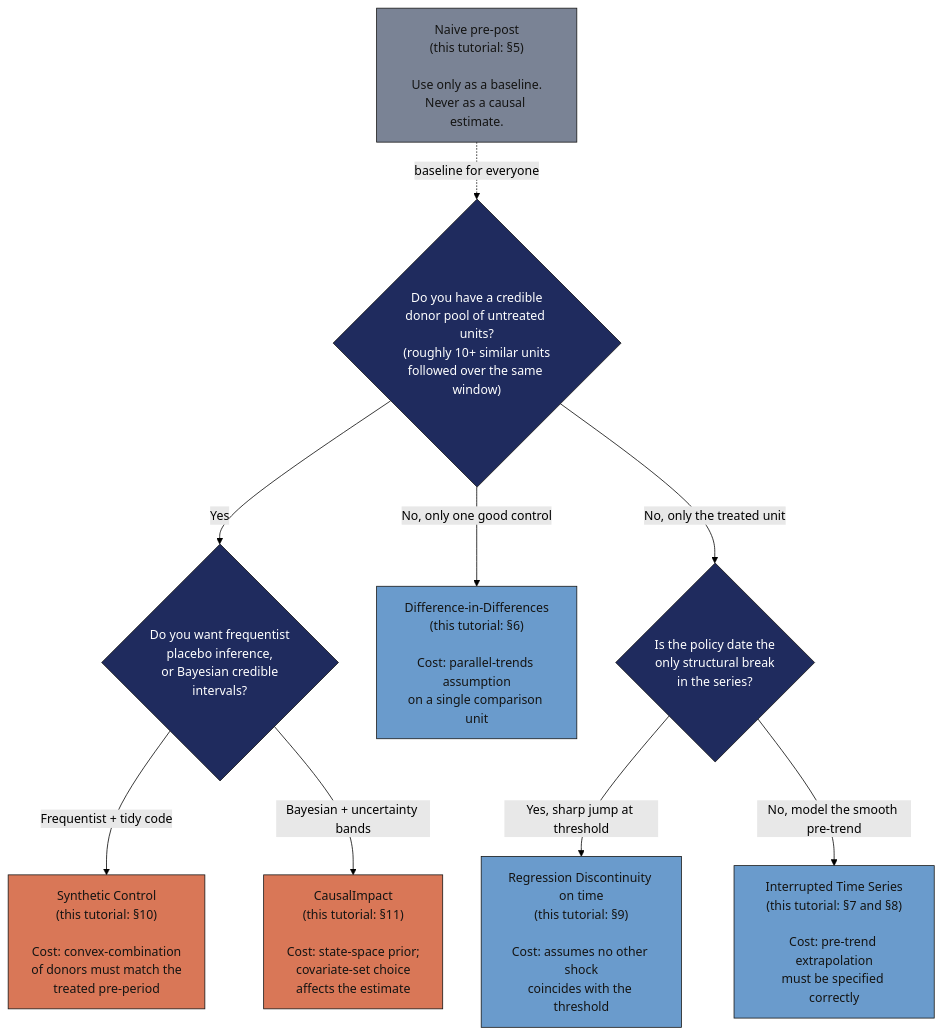
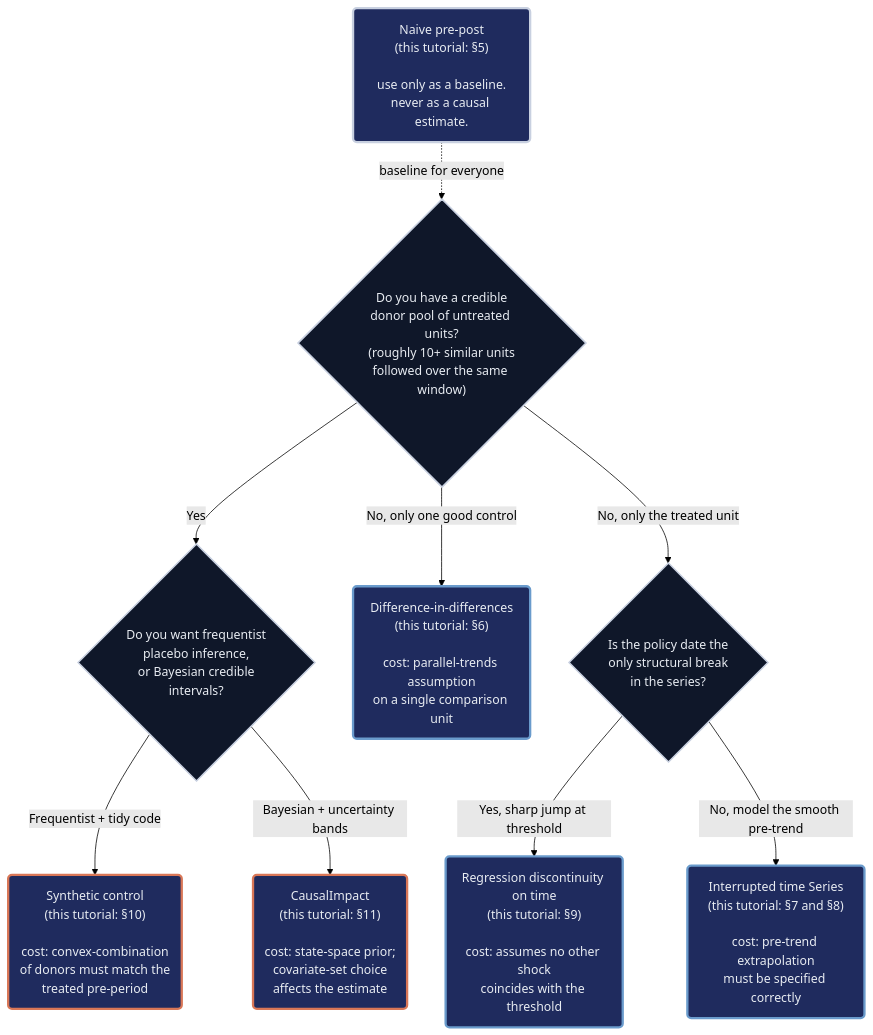
The second of 5 diagrams in content/post/r_causalpolicy_workshop/index.md (cmg777/starter-academic-v501), drawn with Mermaid (forest theme) before and after one commit. The commit also changed other lines of this file and 13 other files, not shown here.

First line of the commit message:
content(mermaid): restyle flowcharts in R posts

````diff
--- a/content/post/r_causalpolicy_workshop/index.md
+++ b/content/post/r_causalpolicy_workshop/index.md
@@ -148,28 +152,28 @@
 ```mermaid
 flowchart TB
     Q1{"Do you have a credible<br/>donor pool of untreated units?<br/>(roughly 10+ similar units<br/>followed over the same window)"}
     Q1 -->|Yes| Q2{"Do you want frequentist<br/>placebo inference,<br/>or Bayesian credible<br/>intervals?"}
-    Q1 -->|No, only one good control| DiD["Difference-in-Differences<br/>(this tutorial: §6)<br/><br/>Cost: parallel-trends assumption<br/>on a single comparison unit"]
+    Q1 -->|No, only one good control| DiD("Difference-in-differences<br/>(this tutorial: §6)<br/><br/>cost: parallel-trends assumption<br/>on a single comparison unit")
     Q1 -->|No, only the treated unit| Q3{"Is the policy date the<br/>only structural break<br/>in the series?"}
 
-    Q2 -->|Frequentist + tidy code| SCM["Synthetic Control<br/>(this tutorial: §10)<br/><br/>Cost: convex-combination<br/>of donors must match the<br/>treated pre-period"]
-    Q2 -->|Bayesian + uncertainty bands| CI["CausalImpact<br/>(this tutorial: §11)<br/><br/>Cost: state-space prior;<br/>covariate-set choice<br/>affects the estimate"]
+    Q2 -->|Frequentist + tidy code| SCM("Synthetic control<br/>(this tutorial: §10)<br/><br/>cost: convex-combination<br/>of donors must match the<br/>treated pre-period")
+    Q2 -->|Bayesian + uncertainty bands| CI("CausalImpact<br/>(this tutorial: §11)<br/><br/>cost: state-space prior;<br/>covariate-set choice<br/>affects the estimate")
 
-    Q3 -->|Yes, sharp jump at threshold| RDD["Regression Discontinuity on time<br/>(this tutorial: §9)<br/><br/>Cost: assumes no other shock<br/>coincides with the threshold"]
-    Q3 -->|No, model the smooth pre-trend| ITS["Interrupted Time Series<br/>(this tutorial: §7 and §8)<br/><br/>Cost: pre-trend extrapolation<br/>must be specified correctly"]
+    Q3 -->|Yes, sharp jump at threshold| RDD("Regression discontinuity on time<br/>(this tutorial: §9)<br/><br/>cost: assumes no other shock<br/>coincides with the threshold")
+    Q3 -->|No, model the smooth pre-trend| ITS("Interrupted time Series<br/>(this tutorial: §7 and §8)<br/><br/>cost: pre-trend extrapolation<br/>must be specified correctly")
 
-    NAIVE["Naive pre-post<br/>(this tutorial: §5)<br/><br/>Use only as a baseline.<br/>Never as a causal estimate."] -.->|"baseline for everyone"| Q1
+    NAIVE("Naive pre-post<br/>(this tutorial: §5)<br/><br/>use only as a baseline.<br/>never as a causal estimate.") -.->|"baseline for everyone"| Q1
 
-    classDef sty_Q1 fill:#1f2b5e,stroke:#141413,color:#fff
+    classDef sty_Q1 fill:#0f1729,stroke:#c8d0e0,stroke-width:2px,color:#e8ecf2
     class Q1 sty_Q1
-    classDef sty_Q2 fill:#1f2b5e,stroke:#141413,color:#fff
+    classDef sty_Q2 fill:#0f1729,stroke:#c8d0e0,stroke-width:2px,color:#e8ecf2
     class Q2 sty_Q2
-    classDef sty_Q3 fill:#1f2b5e,stroke:#141413,color:#fff
+    classDef sty_Q3 fill:#0f1729,stroke:#c8d0e0,stroke-width:2px,color:#e8ecf2
     class Q3 sty_Q3
-    style DiD fill:#6a9bcc,stroke:#141413,color:#141413
-    style SCM fill:#d97757,stroke:#141413,color:#141413
-    style CI fill:#d97757,stroke:#141413,color:#141413
-    style RDD fill:#6a9bcc,stroke:#141413,color:#141413
-    style ITS fill:#6a9bcc,stroke:#141413,color:#141413
-    style NAIVE fill:#7a8395,stroke:#141413,color:#141413
+    classDef blue fill:#1f2b5e,stroke:#6a9bcc,stroke-width:3px,color:#e8ecf2
+    classDef orange fill:#1f2b5e,stroke:#d97757,stroke-width:3px,color:#e8ecf2
+    classDef gray fill:#1f2b5e,stroke:#c8d0e0,stroke-width:3px,color:#e8ecf2
+    class DiD,RDD,ITS blue
+    class SCM,CI orange
+    class NAIVE gray
 ```
````
